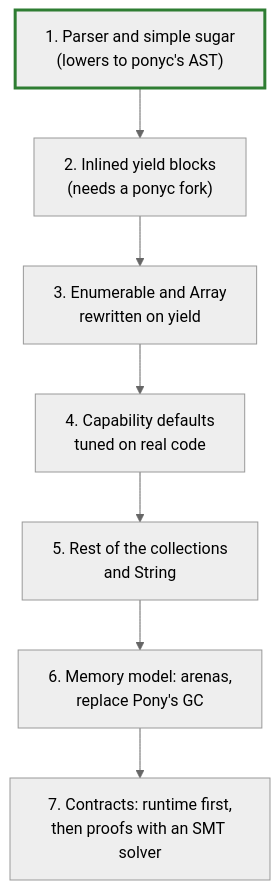
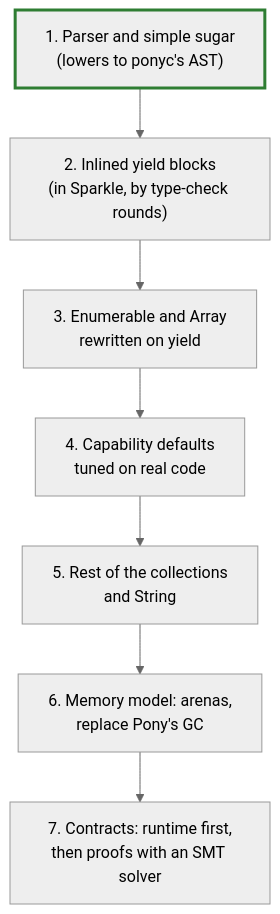
One commit to nogginly/sparkle changed the fourth of 6 diagrams in DESIGN.md. Above: the diagram before and after it, drawn with Mermaid (neutral theme). The commit also changed other lines of this file and 7 other files, not shown here.

First line of the commit message:
Spike: inline yield blocks in Sparkle, with no ponyc fork

````diff
--- a/DESIGN.md
+++ b/DESIGN.md
@@ -150,10 +150,10 @@
 ```mermaid
 flowchart TD
-    S1["1. Parser and simple sugar<br/>(lowers to ponyc's AST)"] --> S2["2. Inlined yield blocks<br/>(needs a ponyc fork)"]
+    S1["1. Parser and simple sugar<br/>(lowers to ponyc's AST)"] --> S2["2. Inlined yield blocks<br/>(in Sparkle, by type-check rounds)"]
     S2 --> S3["3. Enumerable and Array<br/>rewritten on yield"]
     S3 --> S4["4. Capability defaults<br/>tuned on real code"]
     S4 --> S5["5. Rest of the collections<br/>and String"]
     S5 --> S6["6. Memory model: arenas,<br/>replace Pony's GC"]
     S6 --> S7["7. Contracts: runtime first,<br/>then proofs with an SMT solver"]
     style S1 stroke:#2e7d32,stroke-width:3px
 ```
````
